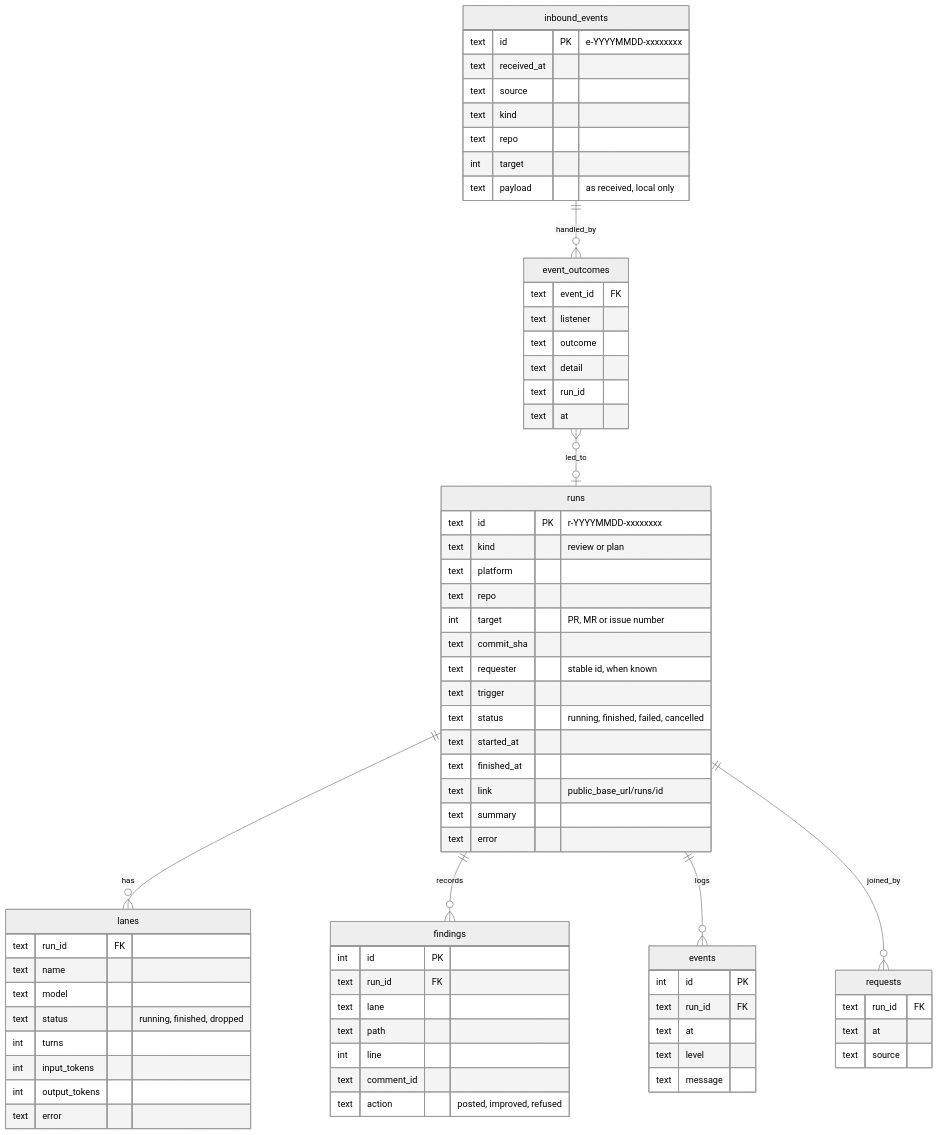
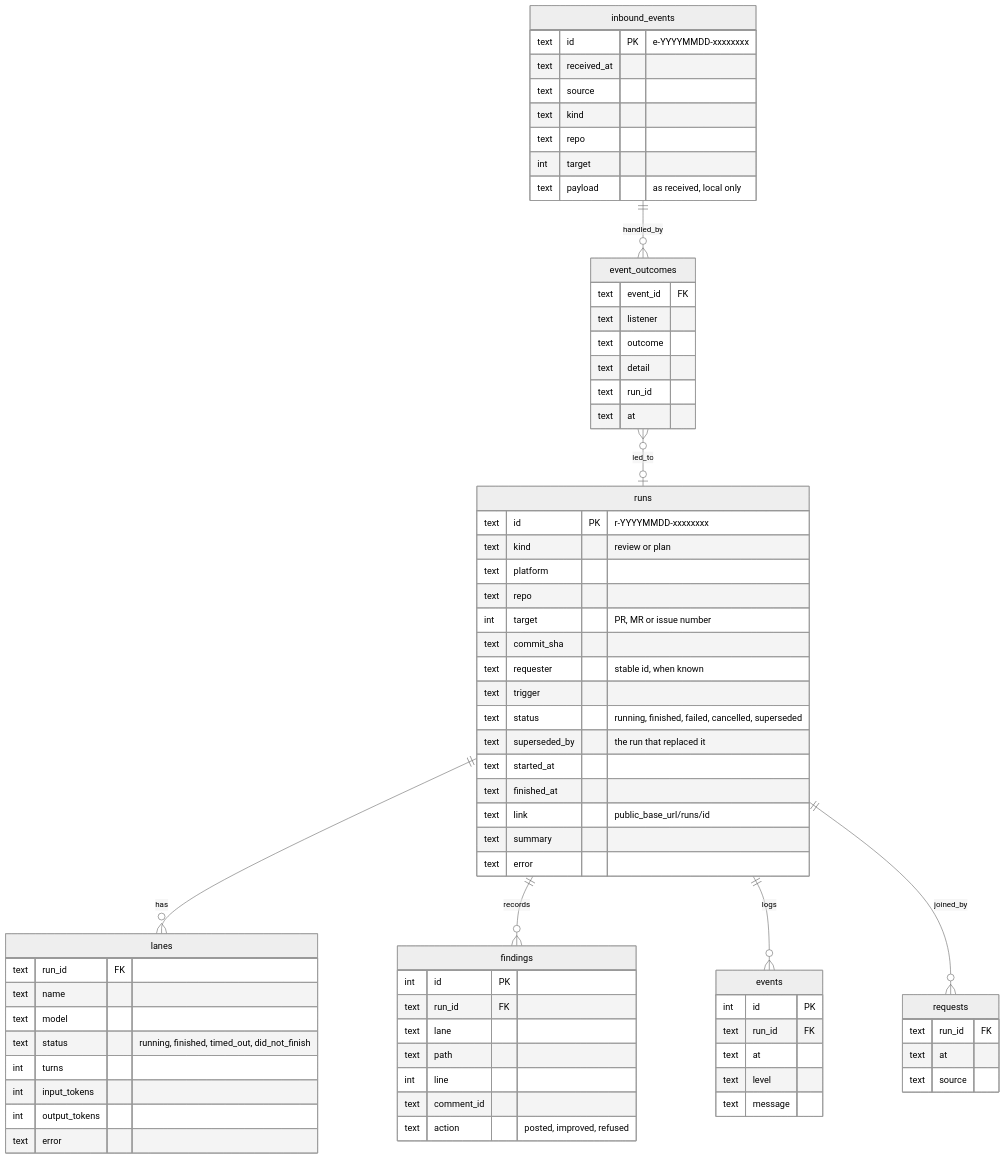
The ninth of 11 diagrams in ARCHITECTURE.md (StephanMeijer/meneerhenk), drawn with Mermaid (neutral theme) before and after one commit. The commit also changed other lines of this file and 20 other files, not shown here.

````diff
--- a/ARCHITECTURE.md
+++ b/ARCHITECTURE.md
@@ -483,73 +484,74 @@
 ```mermaid
 erDiagram
     runs ||--o{ lanes : has
     runs ||--o{ findings : records
     runs ||--o{ events : logs
     runs ||--o{ requests : joined_by
     inbound_events ||--o{ event_outcomes : handled_by
     event_outcomes }o--o| runs : led_to
     runs {
         text id PK "r-YYYYMMDD-xxxxxxxx"
         text kind "review or plan"
         text platform
         text repo
         int target "PR, MR or issue number"
         text commit_sha
         text requester "stable id, when known"
         text trigger
-        text status "running, finished, failed, cancelled"
+        text status "running, finished, failed, cancelled, superseded"
+        text superseded_by "the run that replaced it"
         text started_at
         text finished_at
         text link "public_base_url/runs/id"
         text summary
         text error
     }
     lanes {
         text run_id FK
         text name
         text model
-        text status "running, finished, dropped"
+        text status "running, finished, timed_out, did_not_finish"
         int turns
         int input_tokens
         int output_tokens
         text error
     }
     findings {
         int id PK
         text run_id FK
         text lane
         text path
         int line
         text comment_id
         text action "posted, improved, refused"
     }
     events {
         int id PK
         text run_id FK
         text at
         text level
         text message
     }
     requests {
         text run_id FK
         text at
         text source
     }
     inbound_events {
         text id PK "e-YYYYMMDD-xxxxxxxx"
         text received_at
         text source
         text kind
         text repo
         int target
         text payload "as received, local only"
     }
     event_outcomes {
         text event_id FK
         text listener
         text outcome
         text detail
         text run_id
         text at
     }
 ```
````
